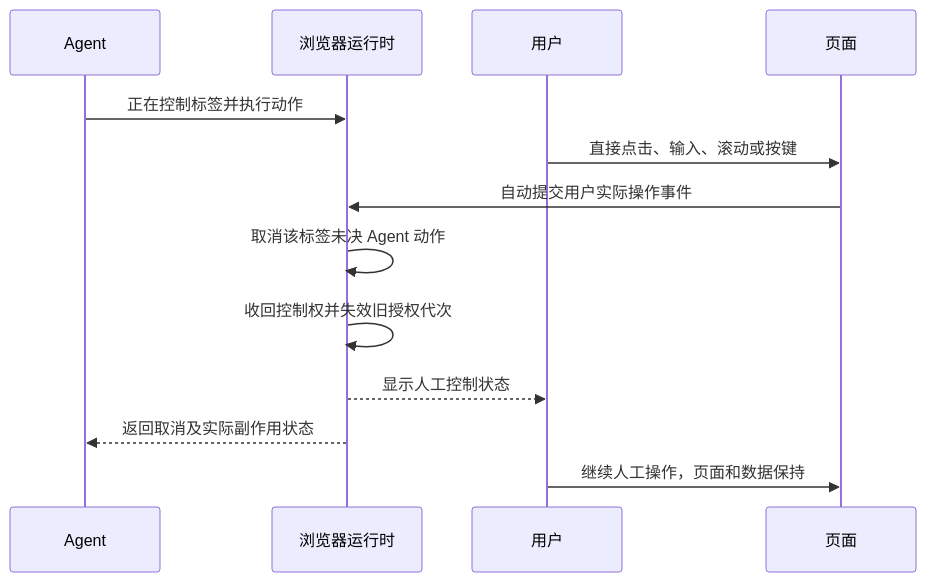
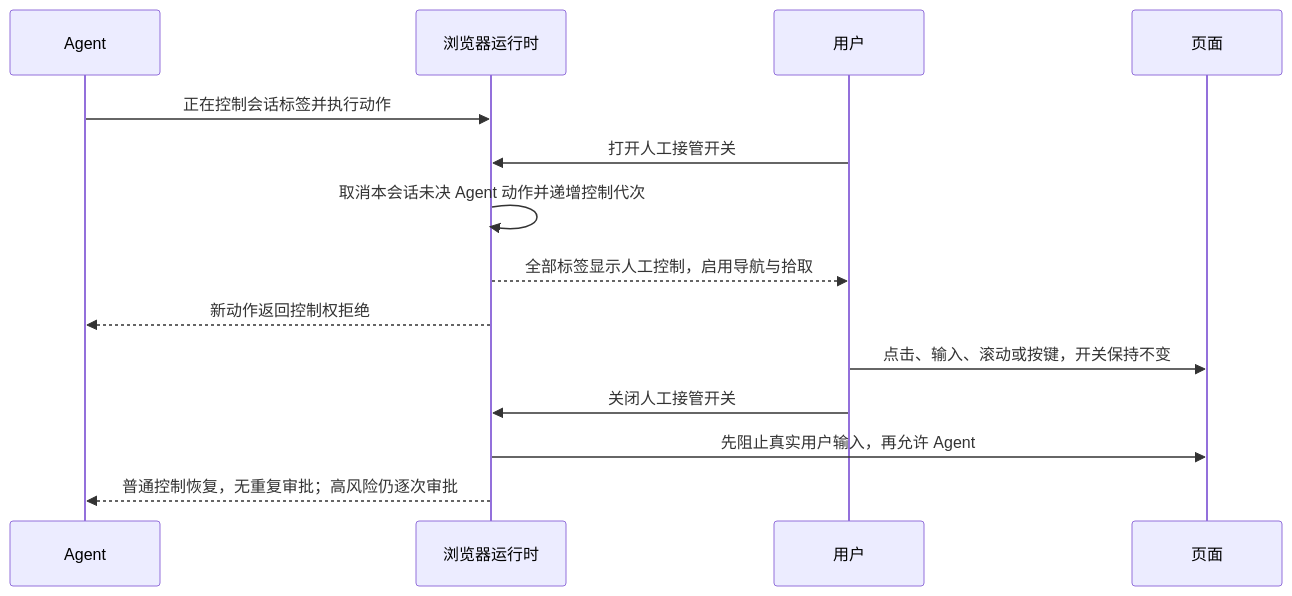
Before and after one commit to pi-ixel/Awesome-Agent-Workflow: the third of 5 diagrams in desktop/docs/内嵌浏览器/功能设计/04界面交互与证据展示设计.md, drawn with Mermaid. The commit also changed other lines of this file and 185 other files, not shown here.

````diff
--- a/desktop/docs/内嵌浏览器/功能设计/04界面交互与证据展示设计.md
+++ b/desktop/docs/内嵌浏览器/功能设计/04界面交互与证据展示设计.md
@@ -109,16 +116,17 @@
 ```mermaid
 sequenceDiagram
   participant A as Agent
   participant R as 浏览器运行时
   participant U as 用户
   participant P as 页面
 
-  A->>R: 正在控制标签并执行动作
-  U->>P: 直接点击、输入、滚动或按键
-  P->>R: 自动提交用户实际操作事件
-  R->>R: 取消该标签未决 Agent 动作
-  R->>R: 收回控制权并失效旧授权代次
-  R-->>U: 显示人工控制状态
-  R-->>A: 返回取消及实际副作用状态
-  U->>P: 继续人工操作，页面和数据保持
+  A->>R: 正在控制会话标签并执行动作
+  U->>R: 打开人工接管开关
+  R->>R: 取消本会话未决 Agent 动作并递增控制代次
+  R-->>U: 全部标签显示人工控制，启用导航与拾取
+  R-->>A: 新动作返回控制权拒绝
+  U->>P: 点击、输入、滚动或按键，开关保持不变
+  U->>R: 关闭人工接管开关
+  R->>P: 先阻止真实用户输入，再允许 Agent
+  R-->>A: 普通控制恢复，无重复审批；高风险仍逐次审批
 ```
````
